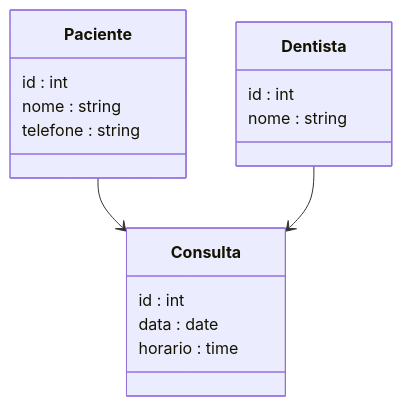
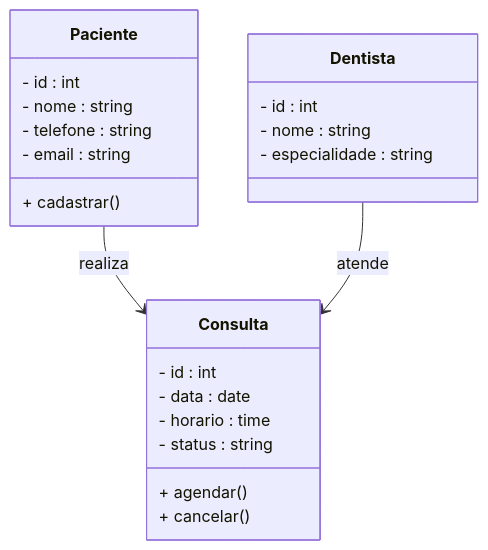
Before and after one commit to marcelacls/Sistema-de-agendamento-PHP: the diagram in README.md, drawn with Mermaid. The commit also changed other lines of this file, not shown here.

Commit message:
Update class diagram with new attributes and methods
Added 'email' attribute to Paciente class and 'especialidade' attribute to Dentista class. Updated Consulta class to include 'status' attribute and methods for scheduling and canceling appointments.

````diff
--- a/README.md
+++ b/README.md
@@ -73,23 +73,29 @@
 ```mermaid
 classDiagram
 
 class Paciente {
-  id : int
-  nome : string
-  telefone : string
+  - id : int
+  - nome : string
+  - telefone : string
+  - email : string
+  + cadastrar()
 }
 
 class Dentista {
-  id : int
-  nome : string
+  - id : int
+  - nome : string
+  - especialidade : string
 }
 
 class Consulta {
-  id : int
-  data : date
-  horario : time
+  - id : int
+  - data : date
+  - horario : time
+  - status : string
+  + agendar()
+  + cancelar()
 }
 
-Paciente --> Consulta
-Dentista --> Consulta
+Paciente --> Consulta : realiza
+Dentista --> Consulta : atende
 ```
````
